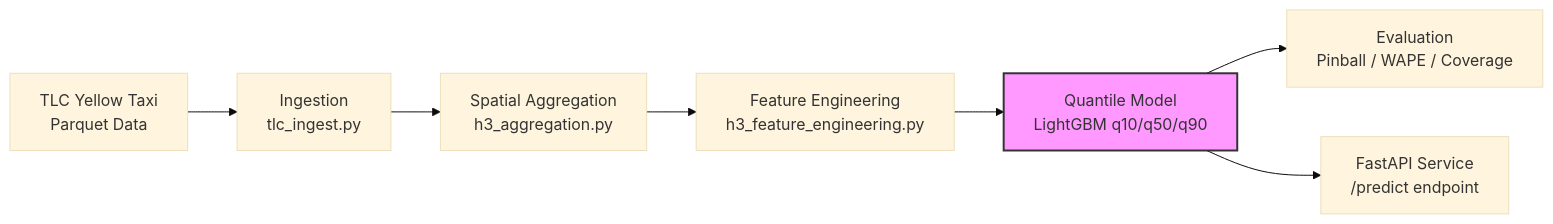
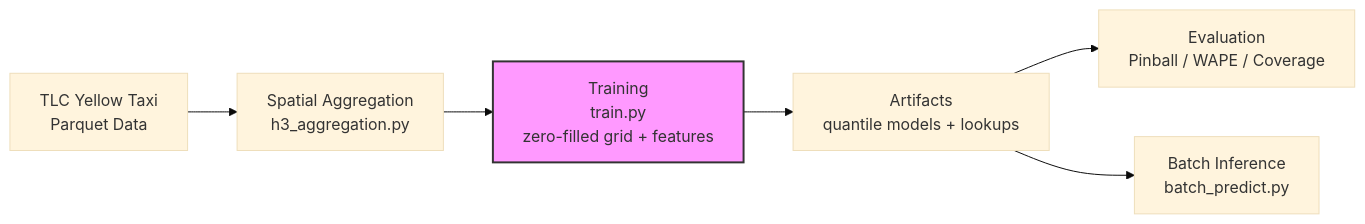
Before and after one commit to Ajay-Kumar64/Demand_Forecasting: the diagram in README.md, drawn with Mermaid (base theme). The commit also changed other lines of this file, not shown here.

````diff
--- a/README.md
+++ b/README.md
@@ -27,11 +27,10 @@
 ```mermaid
 graph LR
-    A[TLC Yellow Taxi<br/>Parquet Data] --> B[Ingestion<br/>tlc_ingest.py]
-    B --> C[Spatial Aggregation<br/>h3_aggregation.py]
-    C --> D[Feature Engineering<br/>h3_feature_engineering.py]
-    D --> E[Quantile Model<br/>LightGBM q10/q50/q90]
-    E --> F[Evaluation<br/>Pinball / WAPE / Coverage]
-    E --> G[FastAPI Service<br/>/predict endpoint]
+    A[TLC Yellow Taxi<br/>Parquet Data] --> B[Spatial Aggregation<br/>h3_aggregation.py]
+    B --> C[Training<br/>train.py<br/>zero-filled grid + features]
+    C --> D[Artifacts<br/>quantile models + lookups]
+    D --> E[Evaluation<br/>Pinball / WAPE / Coverage]
+    D --> F[Batch Inference<br/>batch_predict.py]
     
-    style E fill:#f9f,stroke:#333,stroke-width:2px
+    style C fill:#f9f,stroke:#333,stroke-width:2px
 ```
````
